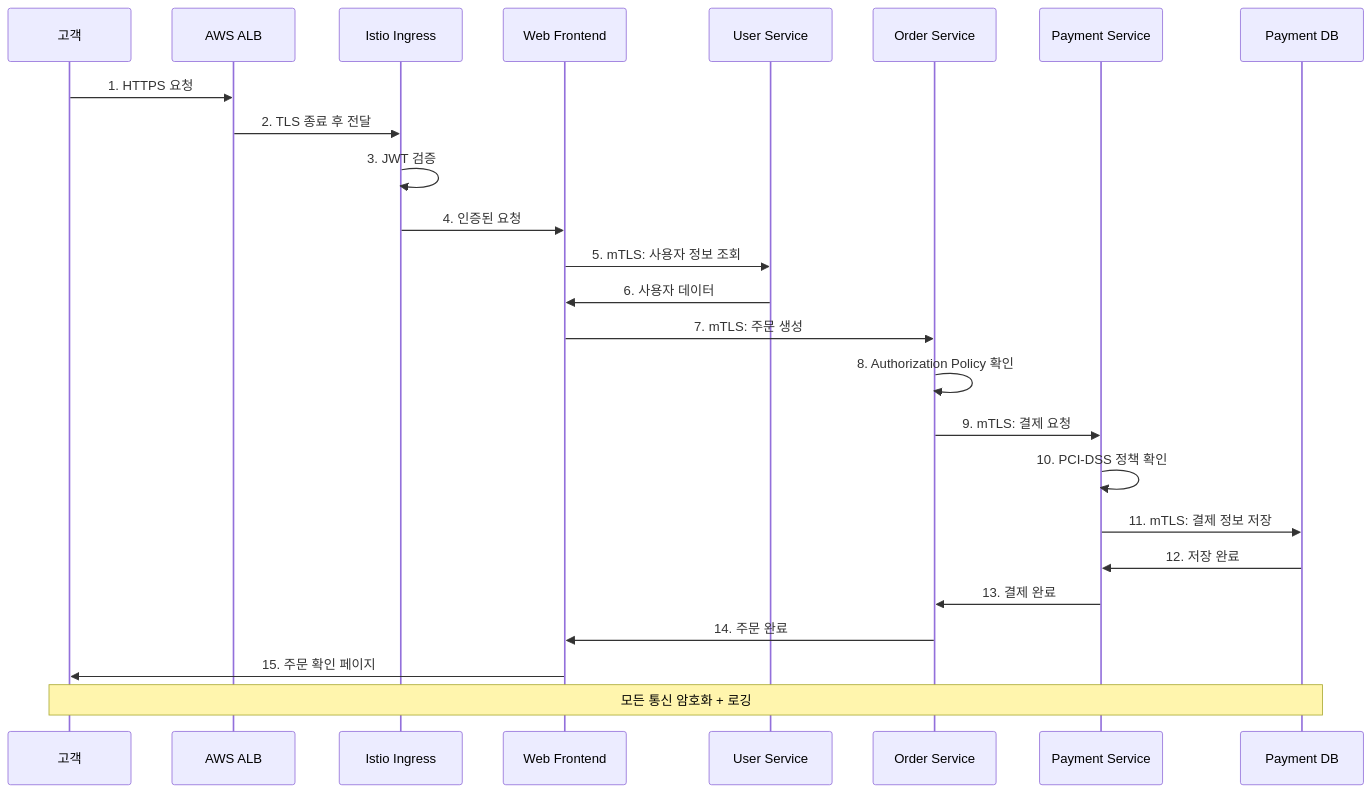
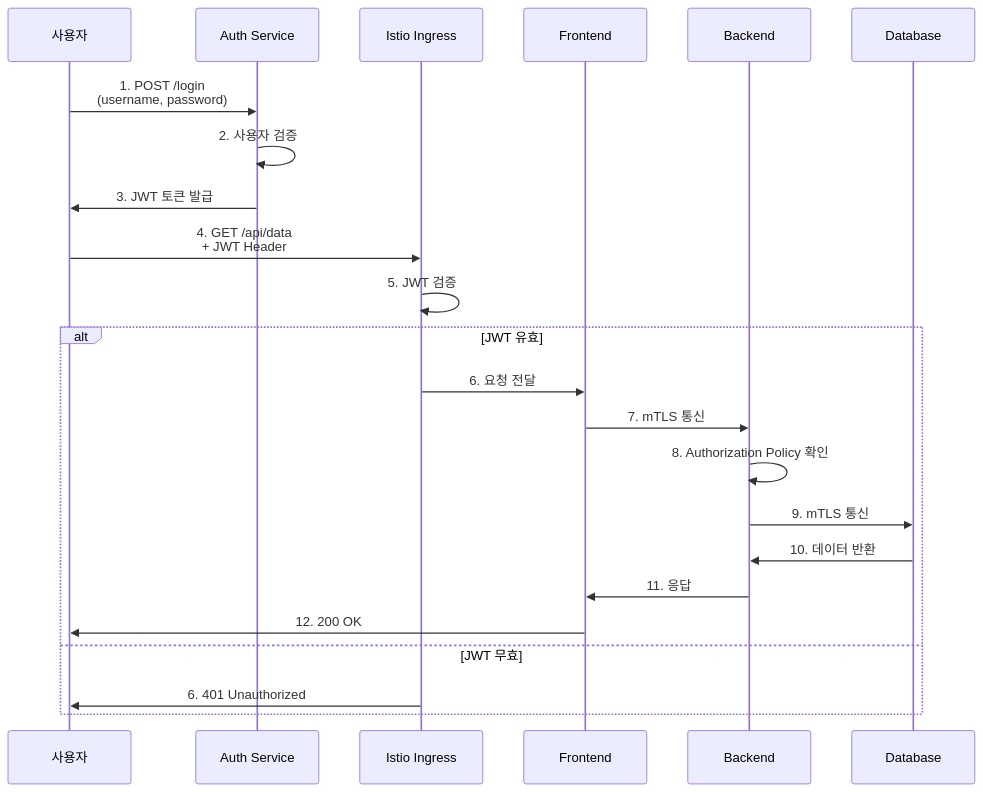
One commit to niceguy61/kdt_devops_lecture_2025 changed the second of 2 diagrams in theory/week_04/day3/lab_1.md. Above: the diagram before and after it, drawn with Mermaid. The commit also changed other lines of this file and 1 other file, not shown here.

````diff
--- a/theory/week_04/day3/lab_1.md
+++ b/theory/week_04/day3/lab_1.md
@@ -170,33 +131,28 @@
 ```mermaid
 sequenceDiagram
-    participant C as 고객
-    participant ALB as AWS ALB
+    participant U as 사용자
+    participant AUTH as Auth Service
     participant IG as Istio Ingress
-    participant WEB as Web Frontend
-    participant USER as User Service
-    participant ORDER as Order Service
-    participant PAY as Payment Service
-    participant DB as Payment DB
+    participant FRONT as Frontend
+    participant BACK as Backend
+    participant DB as Database
     
-    C->>ALB: 1. HTTPS 요청
-    ALB->>IG: 2. TLS 종료 후 전달
-    IG->>IG: 3. JWT 검증
-    IG->>WEB: 4. 인증된 요청
+    U->>AUTH: 1. POST /login<br/>(username, password)
+    AUTH->>AUTH: 2. 사용자 검증
+    AUTH->>U: 3. JWT 토큰 발급
     
-    WEB->>USER: 5. mTLS: 사용자 정보 조회
-    USER->>WEB: 6. 사용자 데이터
+    U->>IG: 4. GET /api/data<br/>+ JWT Header
+    IG->>IG: 5. JWT 검증
     
-    WEB->>ORDER: 7. mTLS: 주문 생성
-    ORDER->>ORDER: 8. Authorization Policy 확인
-    ORDER->>PAY: 9. mTLS: 결제 요청
-    
-    PAY->>PAY: 10. PCI-DSS 정책 확인
-    PAY->>DB: 11. mTLS: 결제 정보 저장
-    DB->>PAY: 12. 저장 완료
-    
-    PAY->>ORDER: 13. 결제 완료
-    ORDER->>WEB: 14. 주문 완료
-    WEB->>C: 15. 주문 확인 페이지
-    
-    Note over C,DB: 모든 통신 암호화 + 로깅
+    alt JWT 유효
+        IG->>FRONT: 6. 요청 전달
+        FRONT->>BACK: 7. mTLS 통신
+        BACK->>BACK: 8. Authorization Policy 확인
+        BACK->>DB: 9. mTLS 통신
+        DB->>BACK: 10. 데이터 반환
+        BACK->>FRONT: 11. 응답
+        FRONT->>U: 12. 200 OK
+    else JWT 무효
+        IG->>U: 6. 401 Unauthorized
+    end
 ```
````
